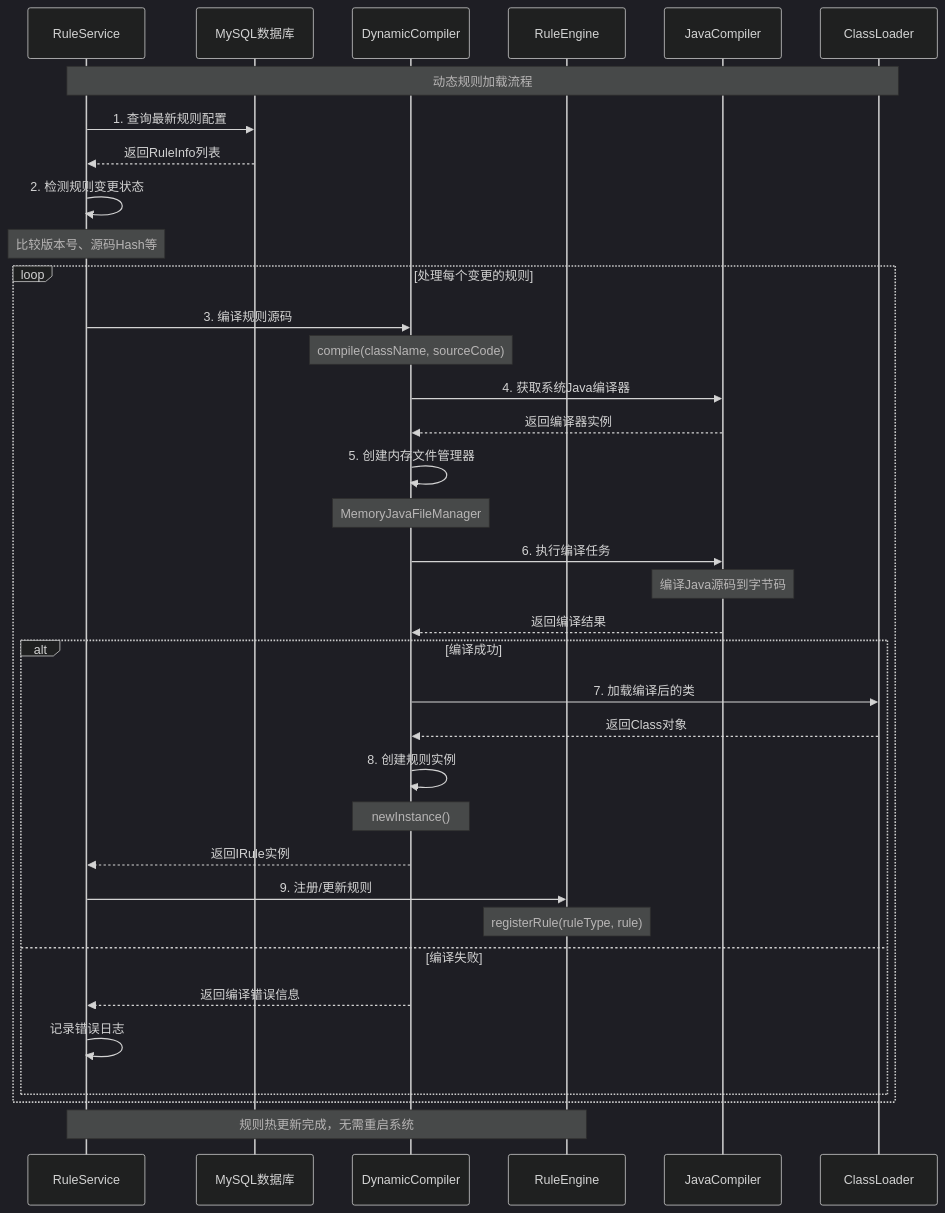
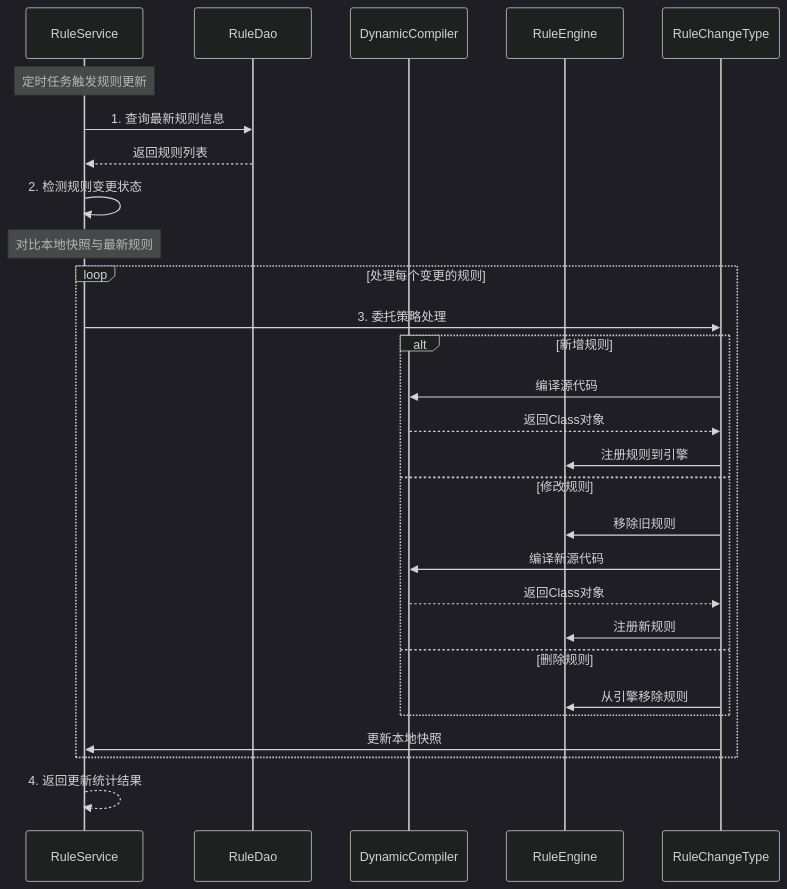
Before and after one commit to 1824313754/data-quality-process: the second of 2 diagrams in README.md, drawn with Mermaid (dark theme). The commit also changed other lines of this file and 2 other files, not shown here.

````diff
--- a/README.md
+++ b/README.md
@@ -87,51 +87,36 @@
 ```mermaid
 sequenceDiagram
     participant RS as RuleService
-    participant DB as MySQL数据库
+    participant RD as RuleDao
     participant DC as DynamicCompiler
     participant RE as RuleEngine
-    participant JC as JavaCompiler
-    participant CL as ClassLoader
+    participant CT as RuleChangeType
     
-    Note over RS,CL: 动态规则加载流程
-    
-    RS->>DB: 1. 查询最新规则配置
-    DB-->>RS: 返回RuleInfo列表
+    Note over RS: 定时任务触发规则更新
+    RS->>RD: 1. 查询最新规则信息
+    RD-->>RS: 返回规则列表
     
     RS->>RS: 2. 检测规则变更状态
-    Note over RS: 比较版本号、源码Hash等
+    Note over RS: 对比本地快照与最新规则
     
     loop 处理每个变更的规则
-        RS->>DC: 3. 编译规则源码
-        Note over DC: compile(className, sourceCode)
+        RS->>CT: 3. 委托策略处理
         
-        DC->>JC: 4. 获取系统Java编译器
-        JC-->>DC: 返回编译器实例
+        alt 新增规则
+            CT->>DC: 编译源代码
+            DC-->>CT: 返回Class对象
+            CT->>RE: 注册规则到引擎
+        else 修改规则
+            CT->>RE: 移除旧规则
+            CT->>DC: 编译新源代码
+            DC-->>CT: 返回Class对象
+            CT->>RE: 注册新规则
+        else 删除规则
+            CT->>RE: 从引擎移除规则
+        end
         
-        DC->>DC: 5. 创建内存文件管理器
-        Note over DC: MemoryJavaFileManager
-        
-        DC->>JC: 6. 执行编译任务
-        Note over JC: 编译Java源码到字节码
-        JC-->>DC: 返回编译结果
-        
-        alt 编译成功
-            DC->>CL: 7. 加载编译后的类
-            CL-->>DC: 返回Class对象
-            
-            DC->>DC: 8. 创建规则实例
-            Note over DC: newInstance()
-            
-            DC-->>RS: 返回IRule实例
-            
-            RS->>RE: 9. 注册/更新规则
-            Note over RE: registerRule(ruleType, rule)
-            
-        else 编译失败
-            DC-->>RS: 返回编译错误信息
-            RS->>RS: 记录错误日志
-        end
+        CT->>RS: 更新本地快照
     end
     
-    Note over RS,RE: 规则热更新完成，无需重启系统
+    RS-->>RS: 4. 返回更新统计结果
 ```
````
